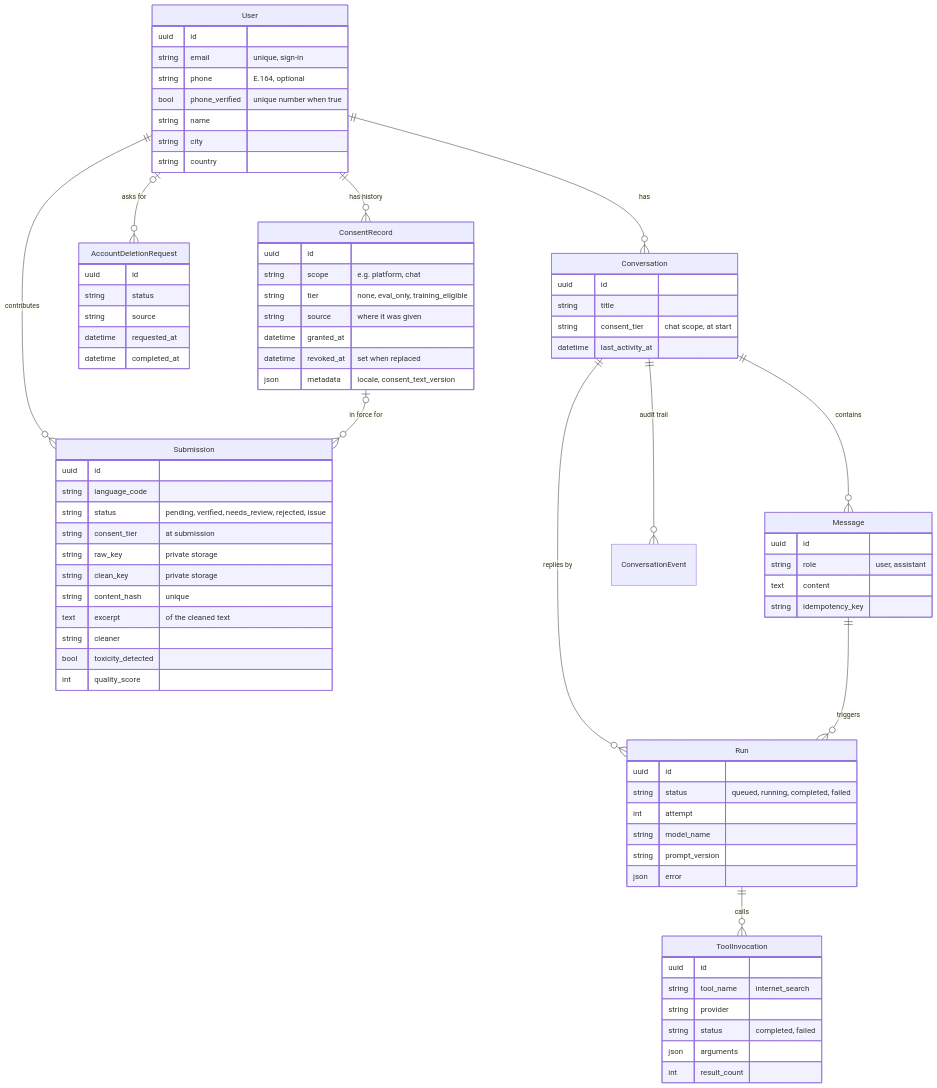
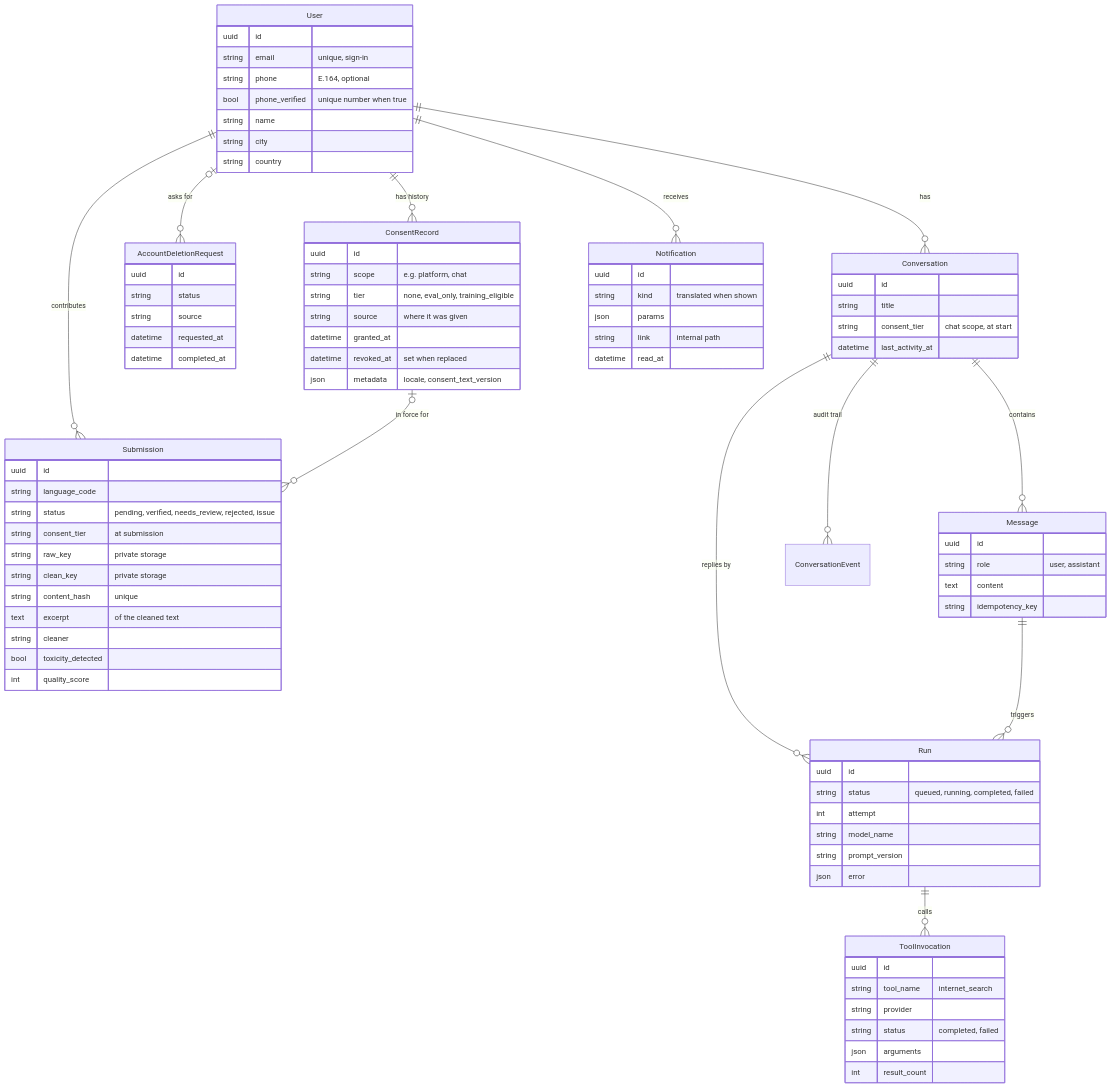
Before and after one commit to Bahasa-Ibu/baibu-community: the second of 2 diagrams in docs/developer/architecture.md, drawn with Mermaid. The commit also changed other lines of this file and 27 other files, not shown here.

```diff
--- a/docs/developer/architecture.md
+++ b/docs/developer/architecture.md
@@ -120,6 +121,14 @@
         json arguments
         int result_count
     }
+    User ||--o{ Notification : receives
+    Notification {
+        uuid id
+        string kind "translated when shown"
+        json params
+        string link "internal path"
+        datetime read_at
+    }
     AccountDeletionRequest {
         uuid id
         string status
```
